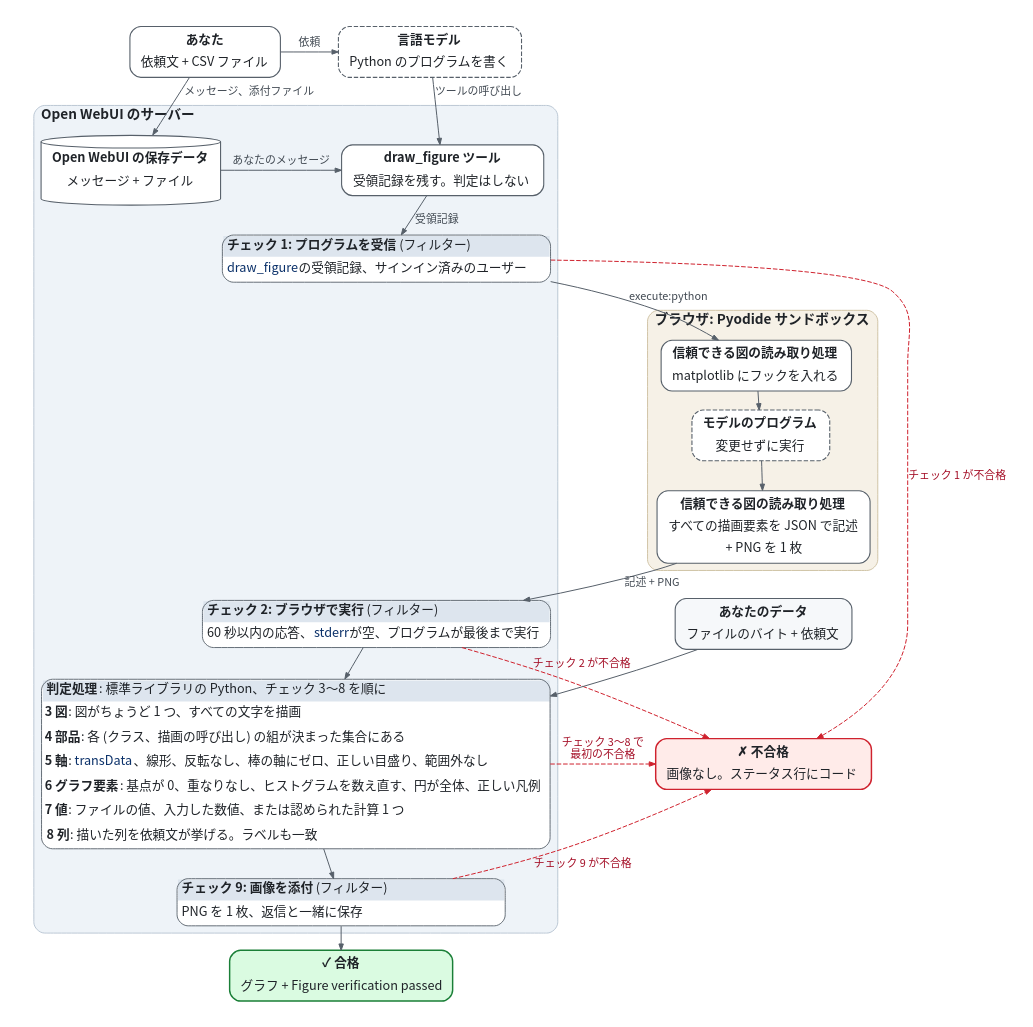
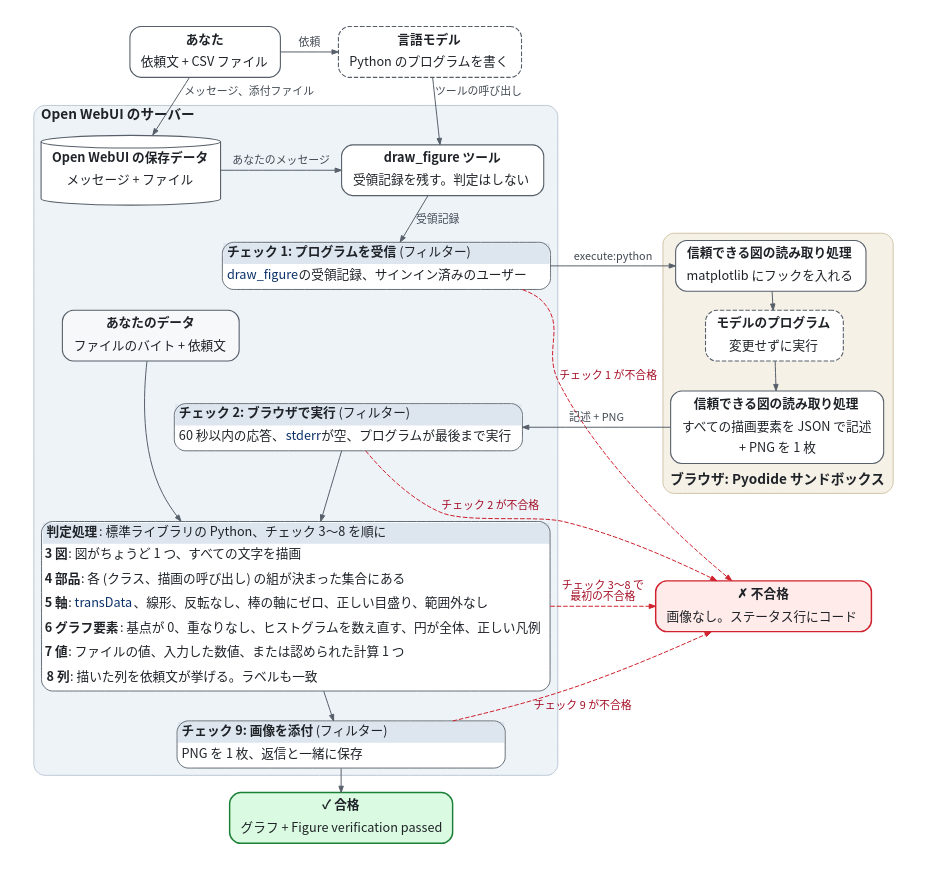
One commit to eturkes/figure-verification changed the diagram in docs/diagrams/verifier.ja.dot. Above: the diagram before and after it, drawn with Graphviz. The commit also changed 5 other files, not shown here.

```diff
--- a/docs/diagrams/verifier.ja.dot
+++ b/docs/diagrams/verifier.ja.dot
@@ -1,74 +1,76 @@
 // SPDX-License-Identifier: Apache-2.0 WITH LLVM-exception
 // 図の検証器が判定するしくみ: 処理の流れと、チェックごとの要約カード。tools/render_diagrams.py が
 // verifier.ja.svg に描画します。すべての規則は docs/checks.ja.md の表にあります。
 digraph verifier {
   graph [fontname="Noto Sans CJK JP", fontsize=15, fontcolor="#1f2328", bgcolor="white",
          pad=0.3, nodesep=0.35, ranksep=0.28, newrank=true, compound=true];
   node [fontname="Noto Sans CJK JP", fontsize=14, fontcolor="#1f2328", shape=box,
         style="rounded,filled", fillcolor="white", color="#57606a", penwidth=1.2,
         margin="0.15,0.06"];
   edge [fontname="Noto Sans CJK JP", fontsize=12, fontcolor="#424a53", color="#57606a",
         arrowsize=0.7, penwidth=1.1];
 
   you [label=<<table border="0" cellborder="0" cellspacing="0" cellpadding="1"><tr><td height="24"><b>あなた</b></td></tr><tr><td height="24">依頼文 + CSV ファイル</td></tr></table>>];
   model [label=<<table border="0" cellborder="0" cellspacing="0" cellpadding="1"><tr><td height="24"><b>言語モデル</b></td></tr><tr><td height="24">Python のプログラムを書く</td></tr></table>>, style="rounded,dashed"];
 
   subgraph cluster_server {
     label=<<b>Open WebUI のサーバー</b>>; labeljust=l; style="rounded,filled";
     fillcolor="#eef3f8"; color="#b6c3d1";
     storage [label=<<table border="0" cellborder="0" cellspacing="0" cellpadding="1"><tr><td height="24"><b>Open WebUI の保存データ</b></td></tr><tr><td height="24">メッセージ + ファイル</td></tr></table>>, shape=cylinder, style=filled];
     tool [label=<<table border="0" cellborder="0" cellspacing="0" cellpadding="1"><tr><td height="24"><b>draw_figure ツール</b></td></tr><tr><td height="24">受領記録を残す。判定はしない</td></tr></table>>];
     c1 [shape=plain, label=<<table border="1" cellborder="0" cellspacing="0" cellpadding="2" style="rounded" color="#57606a" bgcolor="white">
         <tr><td align="left" bgcolor="#dde5ee" cellpadding="4"><b>チェック 1: プログラムを受信</b> (フィルター)</td></tr>
         <tr><td align="left" width="360" height="27" cellpadding="4"><font color="#0a3069">draw_figure</font> の受領記録、サインイン済みのユーザー</td></tr></table>>];
     c2 [shape=plain, label=<<table border="1" cellborder="0" cellspacing="0" cellpadding="2" style="rounded" color="#57606a" bgcolor="white">
         <tr><td align="left" bgcolor="#dde5ee" cellpadding="4"><b>チェック 2: ブラウザで実行</b> (フィルター)</td></tr>
         <tr><td align="left" width="360" height="27" cellpadding="4">60 秒以内の応答、<font color="#0a3069">stderr</font> が空、プログラムが最後まで実行</td></tr></table>>];
 
     judge [shape=plain, label=<<table border="1" cellborder="0" cellspacing="0" cellpadding="2" style="rounded" color="#57606a" bgcolor="white">
         <tr><td align="left" bgcolor="#dde5ee" cellpadding="4"><b>判定処理</b>: 標準ライブラリの Python、チェック 3〜8 を順に</td></tr>
         <tr><td align="left" height="27"><b>3 図</b>: 図がちょうど 1 つ、すべての文字を描画</td></tr>
         <tr><td align="left" height="27"><b>4 部品</b>: 各 (クラス、描画の呼び出し) の組が決まった集合にある</td></tr>
         <tr><td align="left" height="27"><b>5 軸</b>: <font color="#0a3069">transData</font>、線形、反転なし、棒の軸にゼロ、正しい目盛り、範囲外なし</td></tr>
         <tr><td align="left" height="27"><b>6 グラフ要素</b>: 基点が 0、重なりなし、ヒストグラムを数え直す、円が全体、正しい凡例</td></tr>
         <tr><td align="left" height="27"><b>7 値</b>: ファイルの値、入力した数値、または認められた計算 1 つ</td></tr>
         <tr><td align="left" height="27" cellpadding="4"><b>8 列</b>: 描いた列を依頼文が挙げる。ラベルも一致</td></tr></table>>];
 
+    data [label=<<table border="0" cellborder="0" cellspacing="0" cellpadding="1"><tr><td height="24"><b>あなたのデータ</b></td></tr><tr><td height="24">ファイルのバイト + 依頼文</td></tr></table>>, fillcolor="#f6f8fa"];
     c9 [shape=plain, label=<<table border="1" cellborder="0" cellspacing="0" cellpadding="2" style="rounded" color="#57606a" bgcolor="white">
         <tr><td align="left" bgcolor="#dde5ee" cellpadding="4"><b>チェック 9: 画像を添付</b> (フィルター)</td></tr>
         <tr><td align="left" width="360" height="27" cellpadding="4">PNG を 1 枚、返信と一緒に保存</td></tr></table>>];
   }
 
   subgraph cluster_browser {
-    label=<<b>ブラウザ: Pyodide サンドボックス</b>>; labeljust=l; style="rounded,filled";
+    label=<<b>ブラウザ: Pyodide サンドボックス</b>>; labeljust=l; labelloc=b; style="rounded,filled";
     fillcolor="#f6f1e7"; color="#cdbf9f";
     hook [label=<<table border="0" cellborder="0" cellspacing="0" cellpadding="1"><tr><td height="24"><b>信頼できる図の読み取り処理</b></td></tr><tr><td height="24">matplotlib にフックを入れる</td></tr></table>>];
     program [label=<<table border="0" cellborder="0" cellspacing="0" cellpadding="1"><tr><td height="24"><b>モデルのプログラム</b></td></tr><tr><td height="24">変更せずに実行</td></tr></table>>, style="rounded,dashed,filled"];
     describe [label=<<table border="0" cellborder="0" cellspacing="0" cellpadding="1"><tr><td height="24"><b>信頼できる図の読み取り処理</b></td></tr><tr><td height="24">すべての描画要素を JSON で記述</td></tr><tr><td height="24">+ PNG を 1 枚</td></tr></table>>];
   }
 
-  data [label=<<table border="0" cellborder="0" cellspacing="0" cellpadding="1"><tr><td height="24"><b>あなたのデータ</b></td></tr><tr><td height="24">ファイルのバイト + 依頼文</td></tr></table>>, fillcolor="#f6f8fa"];
   pass [label=<<table border="0" cellborder="0" cellspacing="0" cellpadding="1"><tr><td height="24"><b>✓ 合格</b></td></tr><tr><td height="24">グラフ + Figure verification passed</td></tr></table>>, color="#1a7f37", fillcolor="#dafbe1", penwidth=1.6];
   fail [label=<<table border="0" cellborder="0" cellspacing="0" cellpadding="1"><tr><td height="24"><b>✗ 不合格</b></td></tr><tr><td height="24">画像なし。ステータス行にコード</td></tr></table>>, color="#cf222e", fillcolor="#ffebe9", penwidth=1.6];
 
   { rank=same; you; model; }
   { rank=same; storage; tool; }
+  { rank=same; c1; hook; }
+  { rank=same; c2; describe; }
+  { rank=same; data; program; }
   { rank=same; judge; fail; }
 
   you -> model [label="依頼"];
   you -> storage [label="メッセージ、添付ファイル"];
   model -> tool [label="ツールの呼び出し"];
   storage -> tool [label="あなたのメッセージ"];
   tool -> c1 [label="受領記録"];
   c1 -> hook [label="execute:python"];
   hook -> program -> describe;
   describe -> c2 [label="記述 + PNG"];
   c2 -> judge -> c9 -> pass;
   data -> judge;
-  describe -> data -> fail [style=invis, weight=8];
   edge [color="#cf222e", fontcolor="#a40e26", style=dashed];
   c1 -> fail [label="チェック 1 が不合格"];
   c2 -> fail [label="チェック 2 が不合格"];
   judge -> fail [label="チェック 3〜8 で\n最初の不合格"];
   c9 -> fail [label="チェック 9 が不合格"];
 }
```
